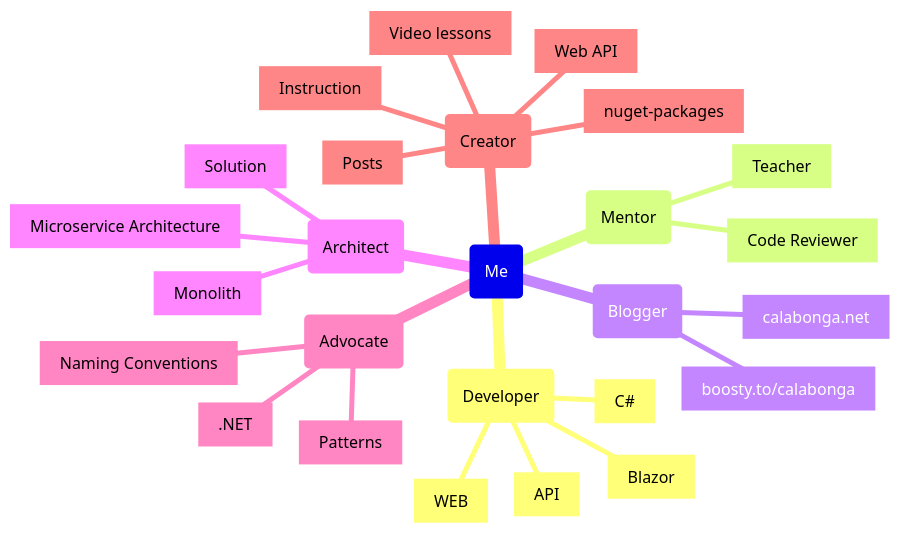
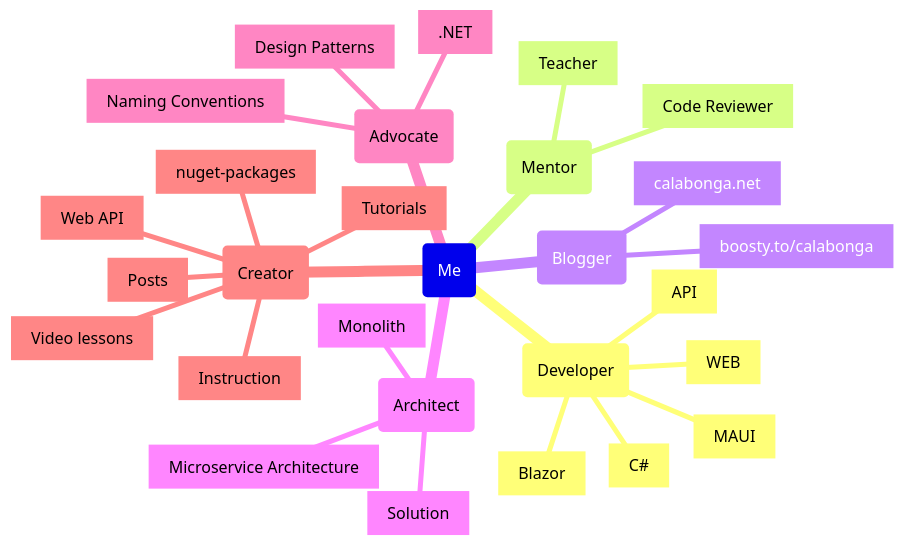
The diagram in README.md (Calabonga/Calabonga), drawn with Mermaid before and after one commit.

````diff
--- a/README.md
+++ b/README.md
@@ -5,29 +5,31 @@
 ``` mermaid
 mindmap
   root(Me)
     (Developer)
         [C#]
         [WEB]
         [API]
         [Blazor]
+        [MAUI]
     (Mentor)
         [Teacher]
         [Code Reviewer]
     (Blogger)
         [calabonga.net]
         [boosty.to/calabonga]
     (Architect)
         [Microservice Architecture]
         [Monolith]
         [Solution]
     (Advocate)
       [.NET]
-      [Patterns]
+      [Design Patterns]
       [Naming Conventions]
     (Creator)
         [Web API]
         [nuget-packages]
         [Video lessons]
         [Posts]
         [Instruction]
+        [Tutorials]
 ```
````
